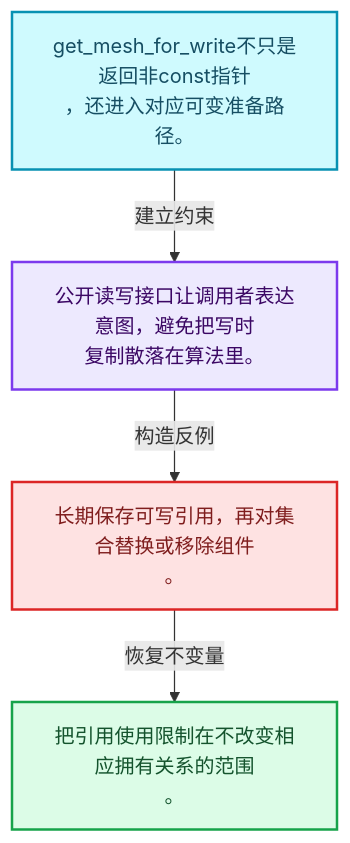
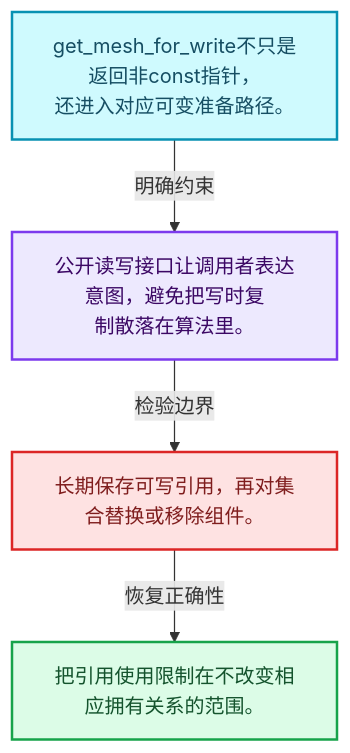
Before and after one commit to yunkezengren/blender-.vscode: the first of 4 diagrams in 杂/markdown/全面学习-codex/06-隐式共享与缓存系统/05-GeometrySet读写与复制.md, drawn with Mermaid. The commit also changed other lines of this file and 1930 other files, not shown here.

````diff
--- a/杂/markdown/全面学习-codex/06-隐式共享与缓存系统/05-GeometrySet读写与复制.md
+++ b/杂/markdown/全面学习-codex/06-隐式共享与缓存系统/05-GeometrySet读写与复制.md
@@ -29,16 +29,16 @@
 ```mermaid
 flowchart TB
-  M["get_mesh_for_write不只是返回非const指针<br/>，还进入对应可变准备路径。"]:::data
-  T["公开读写接口让调用者表达意图，避免把写时<br/>复制散落在算法里。"]:::abstraction
-  X["长期保存可写引用，再对集合替换或移除组件<br/>。"]:::error
-  A["把引用使用限制在不改变相应拥有关系的范围<br/>。"]:::result
-  M -->|"建立约束"| T
-  T -->|"构造反例"| X
-  X -->|"恢复不变量"| A
+  M["get_mesh_for_write不只是返回非const指针，<br/>还进入对应可变准备路径。"]:::data
+  C["公开读写接口让调用者表达意图，避免把写时复<br/>制散落在算法里。"]:::abstraction
+  B["长期保存可写引用，再对集合替换或移除组件。"]:::error
+  R["把引用使用限制在不改变相应拥有关系的范围。"]:::result
+  M -->|"明确约束"| C
+  C -->|"检验边界"| B
+  B -->|"恢复正确性"| R
   classDef input fill:#DBEAFE,stroke:#2563EB,color:#172554,stroke-width:2px;
   classDef data fill:#CFFAFE,stroke:#0891B2,color:#164E63,stroke-width:2px;
   classDef abstraction fill:#EDE9FE,stroke:#7C3AED,color:#3B0764,stroke-width:2px;
   classDef compute fill:#FEF3C7,stroke:#D97706,color:#78350F,stroke-width:2px;
   classDef result fill:#DCFCE7,stroke:#16A34A,color:#14532D,stroke-width:2px;
   classDef error fill:#FEE2E2,stroke:#DC2626,color:#7F1D1D,stroke-width:2px;
 ```
````
